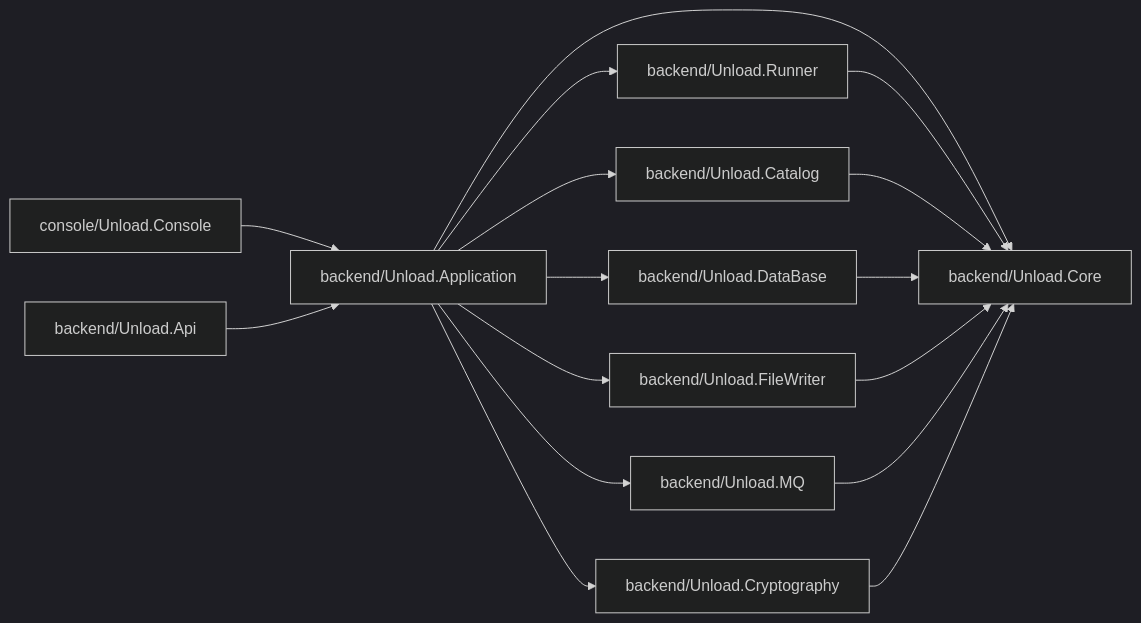
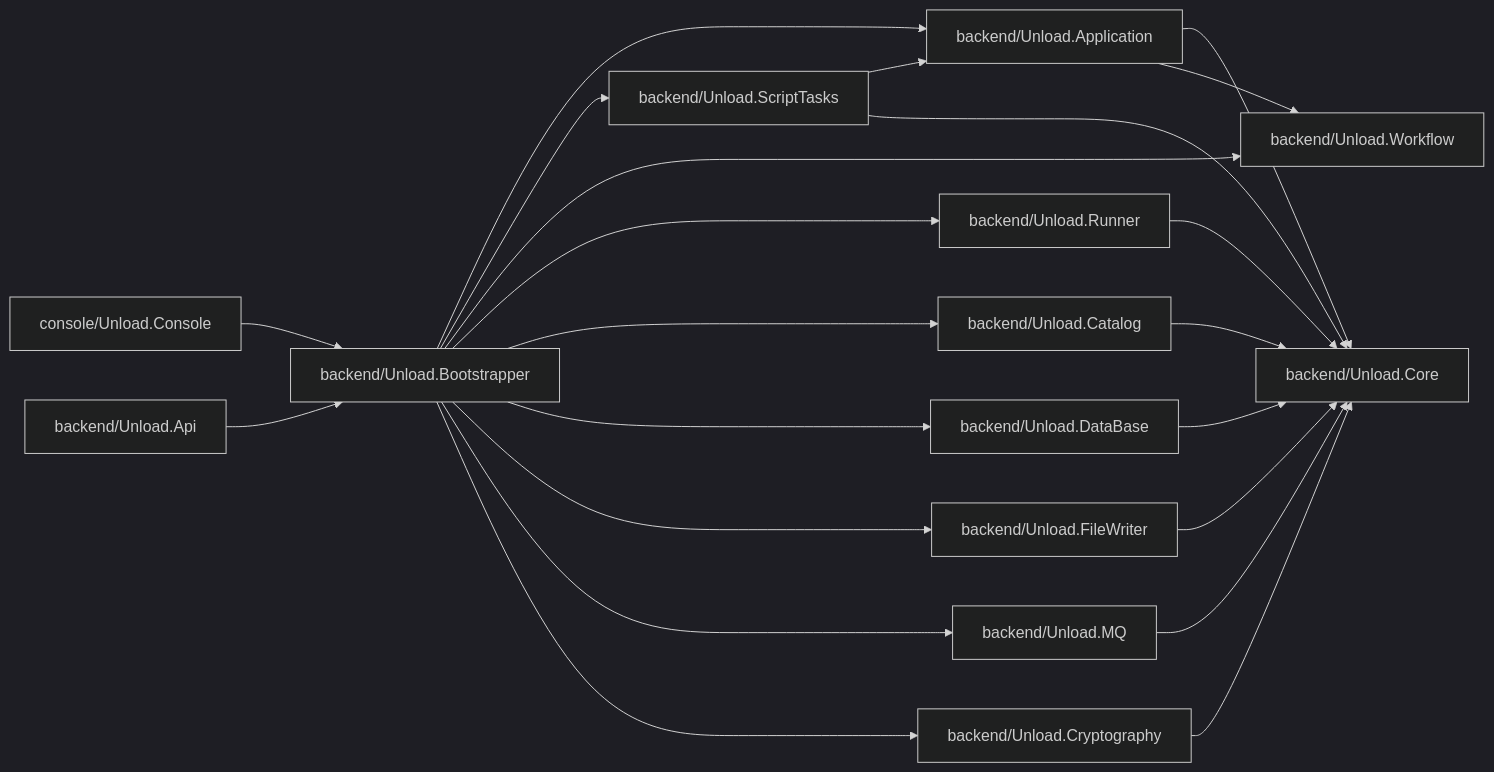
Before and after one commit to Dehydrohaloalkan/unload: the first of 2 diagrams in docs/ARCHITECTURE.md, drawn with Mermaid (dark theme). The commit also changed other lines of this file and 58 other files, not shown here.

Commit message:
Enhance Unload.Api with new use cases for run management and refactor error handling.

````diff
--- a/docs/ARCHITECTURE.md
+++ b/docs/ARCHITECTURE.md
@@ -146,20 +190,26 @@
 ```mermaid
 flowchart LR
-    Console["console/Unload.Console"] --> App["backend/Unload.Application"]
-    Api["backend/Unload.Api"] --> App
+    Console["console/Unload.Console"] --> Bootstrapper["backend/Unload.Bootstrapper"]
+    Api["backend/Unload.Api"] --> Bootstrapper
 
+    Bootstrapper --> App["backend/Unload.Application"]
+    Bootstrapper --> ScriptTasks["backend/Unload.ScriptTasks"]
+    Bootstrapper --> Workflow["backend/Unload.Workflow"]
+    Bootstrapper --> Runner["backend/Unload.Runner"]
+    Bootstrapper --> Catalog["backend/Unload.Catalog"]
+    Bootstrapper --> Db["backend/Unload.DataBase"]
+    Bootstrapper --> Writer["backend/Unload.FileWriter"]
+    Bootstrapper --> Mq["backend/Unload.MQ"]
+    Bootstrapper --> Crypto["backend/Unload.Cryptography"]
     App --> Core["backend/Unload.Core"]
-    App --> Runner["backend/Unload.Runner"]
-    App --> Catalog["backend/Unload.Catalog"]
-    App --> Db["backend/Unload.DataBase"]
-    App --> Writer["backend/Unload.FileWriter"]
-    App --> Mq["backend/Unload.MQ"]
-    App --> Crypto["backend/Unload.Cryptography"]
+    App --> Workflow
 
     Runner --> Core
     Catalog --> Core
     Db --> Core
     Writer --> Core
     Mq --> Core
     Crypto --> Core
+    ScriptTasks --> App
+    ScriptTasks --> Core
 ```
````
